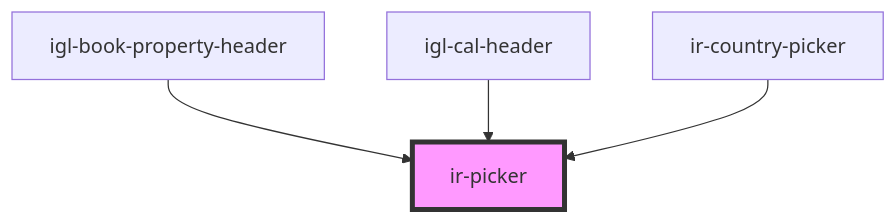
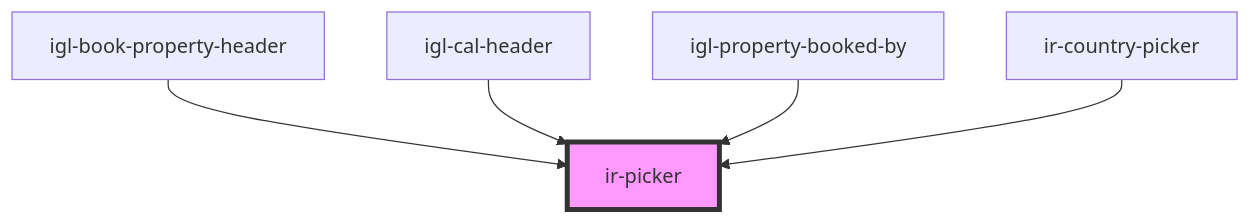
One commit to David1Chowaifaty/modified-ir-webcmp changed the diagram in src/components/ui/ir-picker/readme.md. Above: the diagram before and after it, drawn with Mermaid. The commit also changed other lines of this file and 29 other files, not shown here.

````diff
--- a/src/components/ui/ir-picker/readme.md
+++ b/src/components/ui/ir-picker/readme.md
@@ -64,7 +67,8 @@
 ```mermaid
 graph TD;
   igl-book-property-header --> ir-picker
   igl-cal-header --> ir-picker
+  igl-property-booked-by --> ir-picker
   ir-country-picker --> ir-picker
   style ir-picker fill:#f9f,stroke:#333,stroke-width:4px
 ```
````
